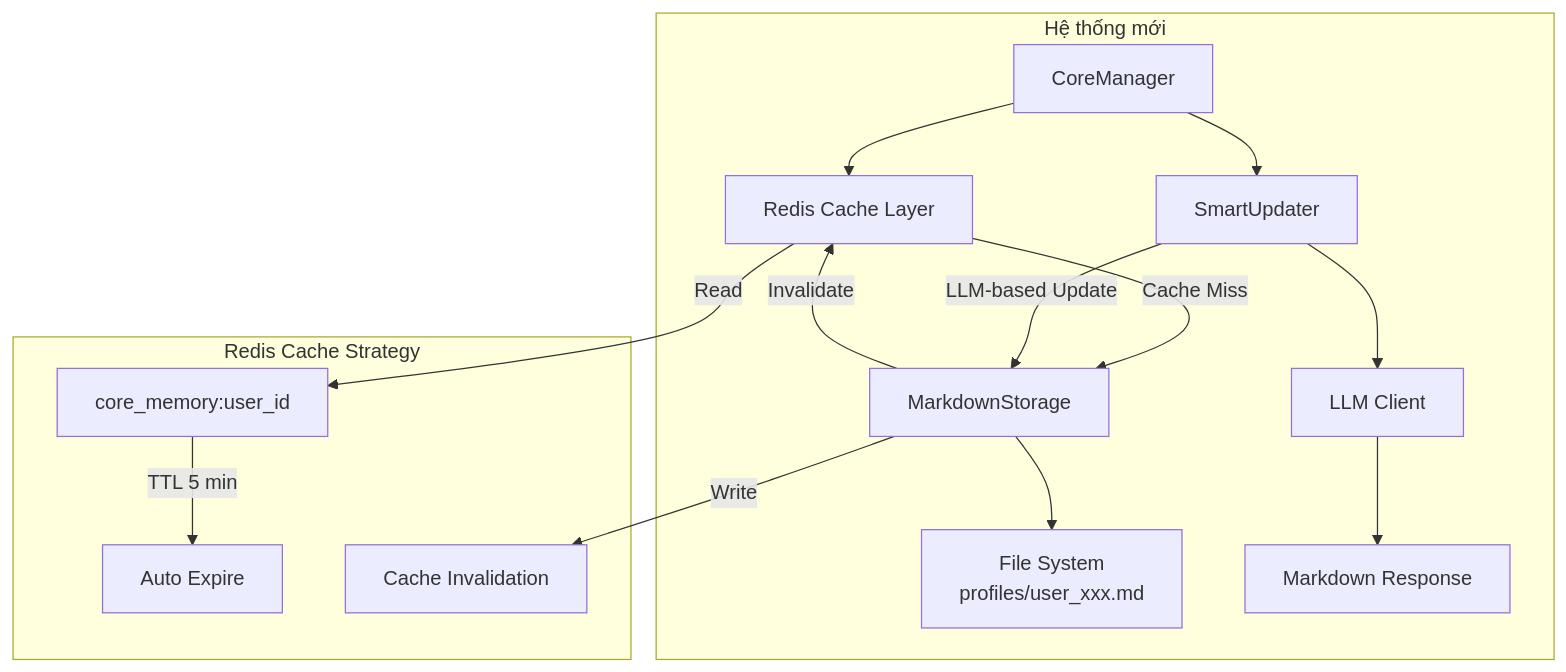
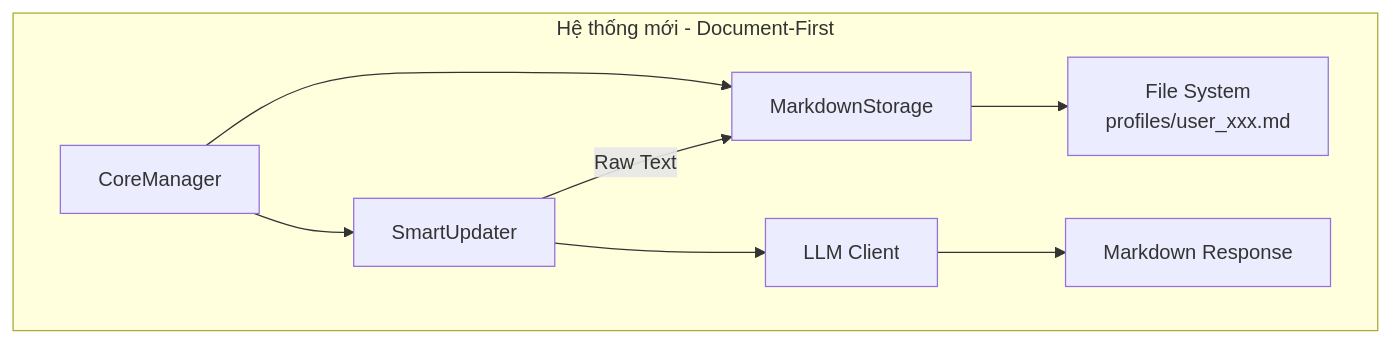
Before and after one commit to Flowerf19/Harness_agent: the second of 7 diagrams in plans/memories/t3_update_memory.md, drawn with Mermaid. The commit also changed other lines of this file and 3 other files, not shown here.

First line of the commit message:
feat: Implement Markdown-based storage for Core Memory and LM Studio LLM Service

````diff
--- a/plans/memories/t3_update_memory.md
+++ b/plans/memories/t3_update_memory.md
@@ -85,20 +84,12 @@
 ```mermaid
 flowchart TB
-    subgraph New["Hệ thống mới"]
-        CM[CoreManager] --> RC[Redis Cache Layer]
-        RC --> |Cache Miss| MS[MarkdownStorage]
+    subgraph New["Hệ thống mới - Document-First"]
+        CM[CoreManager] --> MS[MarkdownStorage]
         MS --> FS[File System<br/>profiles/user_xxx.md]
         
         CM --> SU[SmartUpdater]
         SU --> LLM[LLM Client]
         LLM --> MD[Markdown Response]
-        SU --> |LLM-based Update| MS
-        MS --> |Invalidate| RC
-    end
-    
-    subgraph Cache["Redis Cache Strategy"]
-        RC --> |Read| R1[core_memory:user_id]
-        R1 --> |TTL 5 min| R2[Auto Expire]
-        MS --> |Write| R3[Cache Invalidation]
+        SU --> |Raw Text| MS
     end
 ```
````
